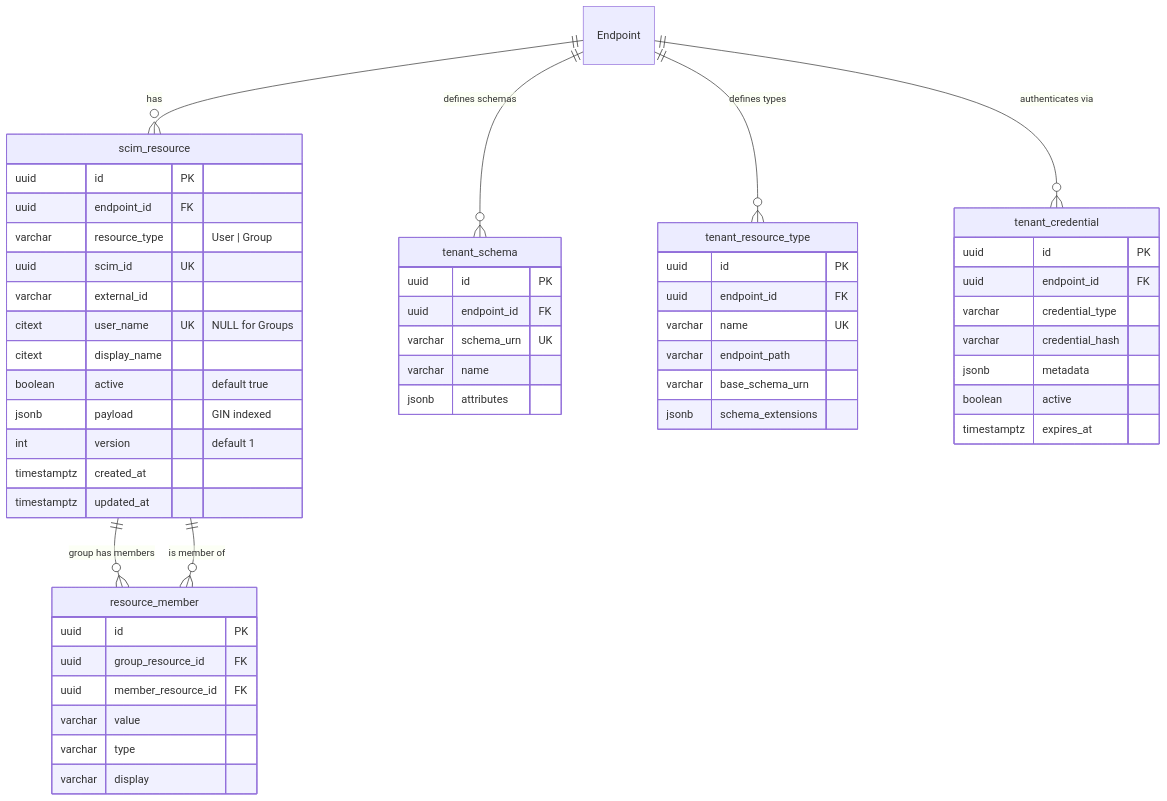
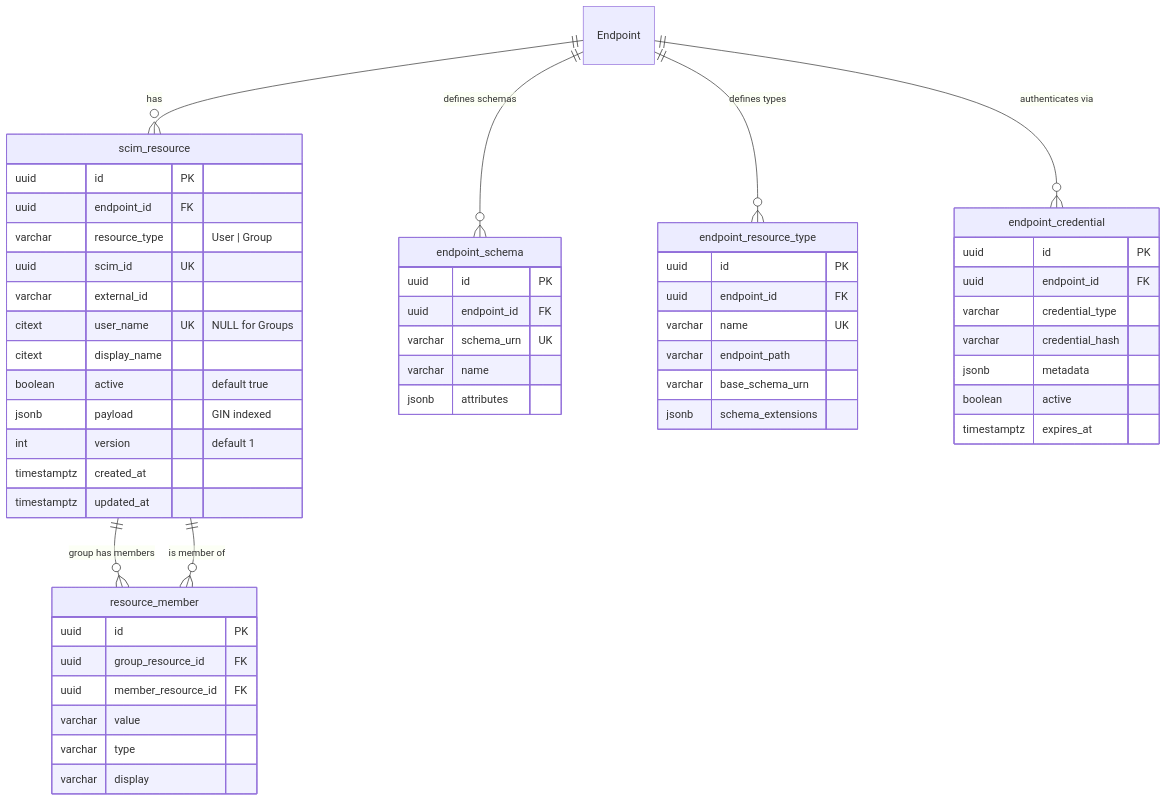
Before and after one commit to pranems/SCIMServer: the seventh of 23 diagrams in docs/MIGRATION_PLAN_CURRENT_TO_IDEAL_v3_2026-02-20.md, drawn with Mermaid. The commit also changed other lines of this file and 288 other files, not shown here.

````diff
--- a/docs/MIGRATION_PLAN_CURRENT_TO_IDEAL_v3_2026-02-20.md
+++ b/docs/MIGRATION_PLAN_CURRENT_TO_IDEAL_v3_2026-02-20.md
@@ -946,60 +951,60 @@
 ```mermaid
 erDiagram
     scim_resource {
         uuid id PK
         uuid endpoint_id FK
         varchar resource_type "User | Group"
         uuid scim_id UK
         varchar external_id
         citext user_name UK "NULL for Groups"
         citext display_name
         boolean active "default true"
         jsonb payload "GIN indexed"
         int version "default 1"
         timestamptz created_at
         timestamptz updated_at
     }
 
     resource_member {
         uuid id PK
         uuid group_resource_id FK
         uuid member_resource_id FK
         varchar value
         varchar type
         varchar display
     }
 
-    tenant_schema {
+    endpoint_schema {
         uuid id PK
         uuid endpoint_id FK
         varchar schema_urn UK
         varchar name
         jsonb attributes
     }
 
-    tenant_resource_type {
+    endpoint_resource_type {
         uuid id PK
         uuid endpoint_id FK
         varchar name UK
         varchar endpoint_path
         varchar base_schema_urn
         jsonb schema_extensions
     }
 
-    tenant_credential {
+    endpoint_credential {
         uuid id PK
         uuid endpoint_id FK
         varchar credential_type
         varchar credential_hash
         jsonb metadata
         boolean active
         timestamptz expires_at
     }
 
     Endpoint ||--o{ scim_resource : "has"
     scim_resource ||--o{ resource_member : "group has members"
     scim_resource ||--o{ resource_member : "is member of"
-    Endpoint ||--o{ tenant_schema : "defines schemas"
-    Endpoint ||--o{ tenant_resource_type : "defines types"
-    Endpoint ||--o{ tenant_credential : "authenticates via"
+    Endpoint ||--o{ endpoint_schema : "defines schemas"
+    Endpoint ||--o{ endpoint_resource_type : "defines types"
+    Endpoint ||--o{ endpoint_credential : "authenticates via"
 ```
````
